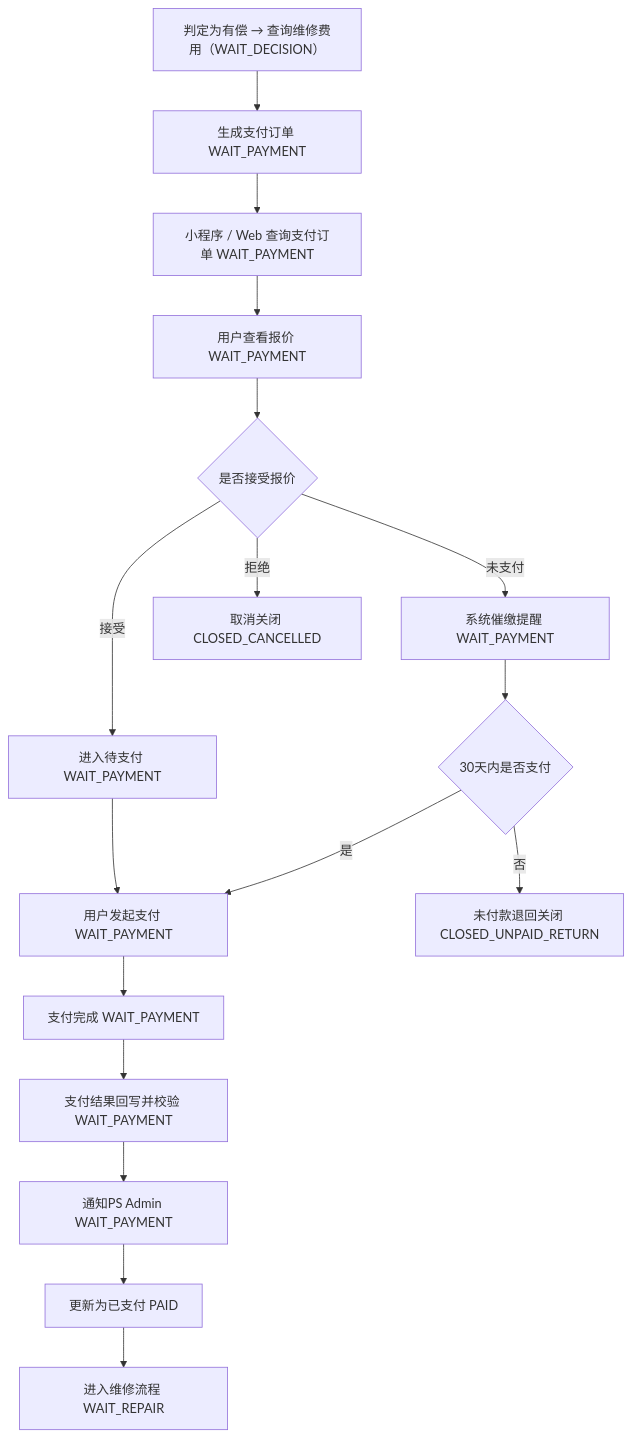
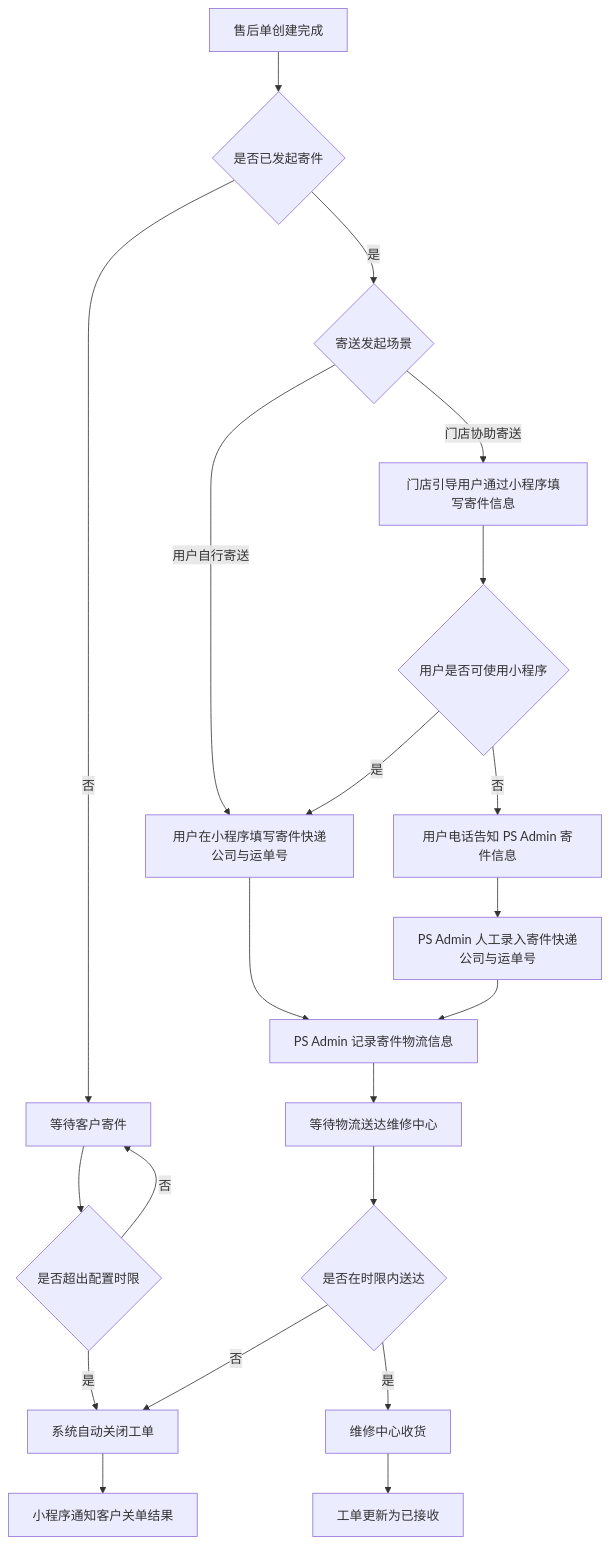
The third of 38 diagrams in 文档/GM系统需求说明.md (guguohai/gmps), drawn with Mermaid before and after one commit. The commit also changed other lines of this file, not shown here.

````diff
--- a/文档/GM系统需求说明.md
+++ b/文档/GM系统需求说明.md
@@ -382,27 +211,32 @@
 ```mermaid
 flowchart TD
 
-A[判定为有偿 → 查询维修费用（WAIT_DECISION）] --> B[生成支付订单 WAIT_PAYMENT]
-B --> C[小程序 / Web 查询支付订单 WAIT_PAYMENT]
-C --> D[用户查看报价 WAIT_PAYMENT]
+A[售后单创建完成] --> B{是否已发起寄件}
 
-D --> E{是否接受报价}
+B -->|否| C[等待客户寄件]
+C --> D{是否超出配置时限}
+D -->|是| E[系统自动关闭工单]
+E --> F[小程序通知客户关单结果]
+D -->|否| C
 
-E -->|接受| F[进入待支付 WAIT_PAYMENT]
-F --> G[用户发起支付 WAIT_PAYMENT]
-G --> H[支付完成 WAIT_PAYMENT]
+B -->|是| G{寄送发起场景}
 
-H --> I[支付结果回写并校验 WAIT_PAYMENT]
-I --> J[通知PS Admin WAIT_PAYMENT]
+G -->|用户自行寄送| H[用户在小程序填写寄件快递公司与运单号]
+G -->|门店协助寄送| I[门店引导用户通过小程序填写寄件信息]
 
-J --> K[更新为已支付 PAID]
-K --> L[进入维修流程 WAIT_REPAIR]
+I --> J{用户是否可使用小程序}
+J -->|是| H
+J -->|否| K[用户电话告知 PS Admin 寄件信息]
+K --> L[PS Admin 人工录入寄件快递公司与运单号]
 
-E -->|未支付| M[系统催缴提醒 WAIT_PAYMENT]
-M --> N{30天内是否支付}
+H --> M[PS Admin 记录寄件物流信息]
+L --> M
 
-N -->|是| G
-N -->|否| O[未付款退回关闭 CLOSED_UNPAID_RETURN]
+M --> N[等待物流送达维修中心]
+N --> O{是否在时限内送达}
 
-E -->|拒绝| P[取消关闭 CLOSED_CANCELLED]
+O -->|是| P[维修中心收货]
+P --> Q[工单更新为已接收]
+
+O -->|否| E
 ```
````
